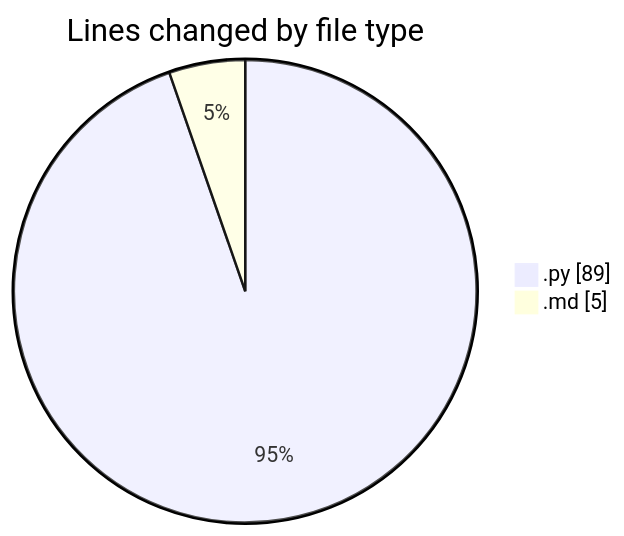
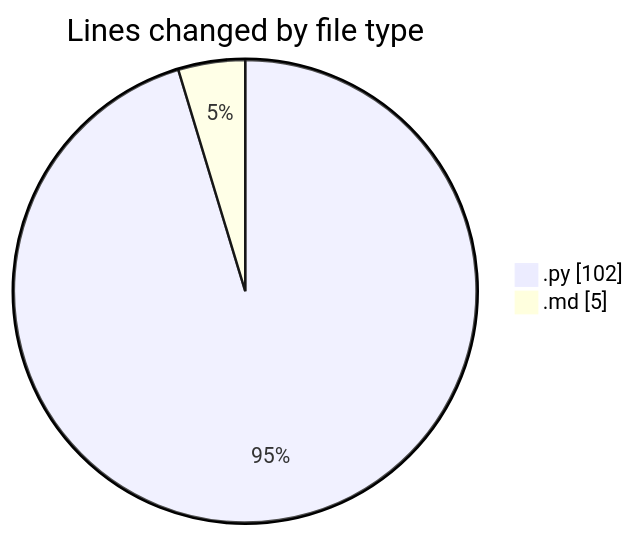
One commit to Ritupan-Deka/code-tracking changed the first of 2 diagrams in 2026-01-10/dsa/README.md. Above: the diagram before and after it, drawn with Mermaid. The commit also changed other lines of this file and 1 other file, not shown here.

````diff
--- a/2026-01-10/dsa/README.md
+++ b/2026-01-10/dsa/README.md
@@ -21,6 +21,6 @@
 ```mermaid
 pie showData
 title Lines changed by file type
-".py" : 89
+".py" : 102
 ".md" : 5
 ```
````
